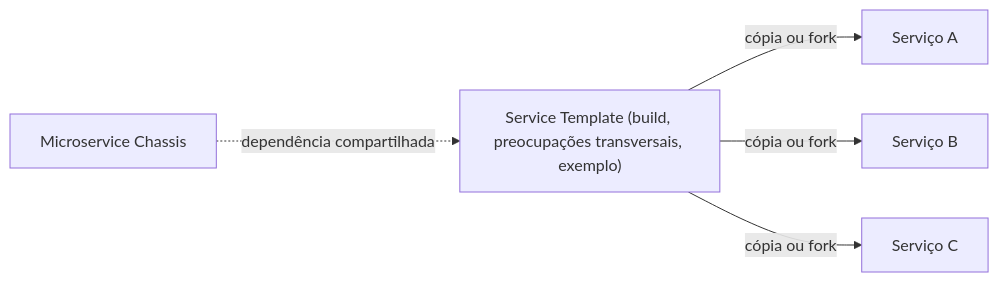
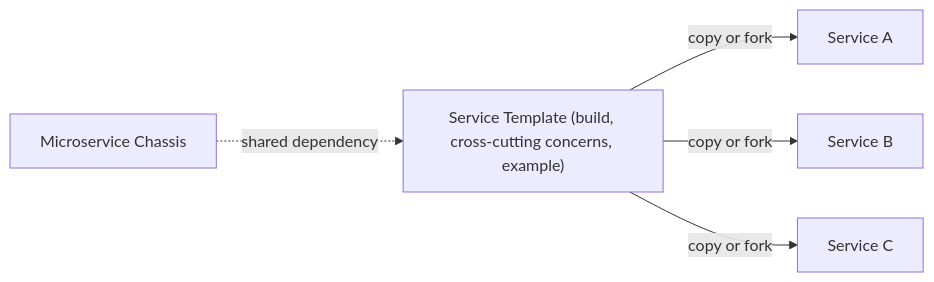
One commit to alancesar/design-patterns changed the diagram in docs/architecture/microservices/cross-cutting-concerns/service-template.md. Above: the diagram before and after it, drawn with Mermaid. The commit also changed 258 other files, not shown here.

First line of the commit message:
Translate Mermaid diagrams to English

````diff
--- a/docs/architecture/microservices/cross-cutting-concerns/service-template.md
+++ b/docs/architecture/microservices/cross-cutting-concerns/service-template.md
@@ -53,7 +53,7 @@
 ```mermaid
 flowchart LR
-    T["Service Template (build, preocupações transversais, exemplo)"] -- "cópia ou fork" --> A["Serviço A"]
-    T -- "cópia ou fork" --> B["Serviço B"]
-    T -- "cópia ou fork" --> C["Serviço C"]
-    CH["Microservice Chassis"] -. "dependência compartilhada" .-> T
+    T["Service Template (build, cross-cutting concerns, example)"] -- "copy or fork" --> A["Service A"]
+    T -- "copy or fork" --> B["Service B"]
+    T -- "copy or fork" --> C["Service C"]
+    CH["Microservice Chassis"] -. "shared dependency" .-> T
 ```
````
